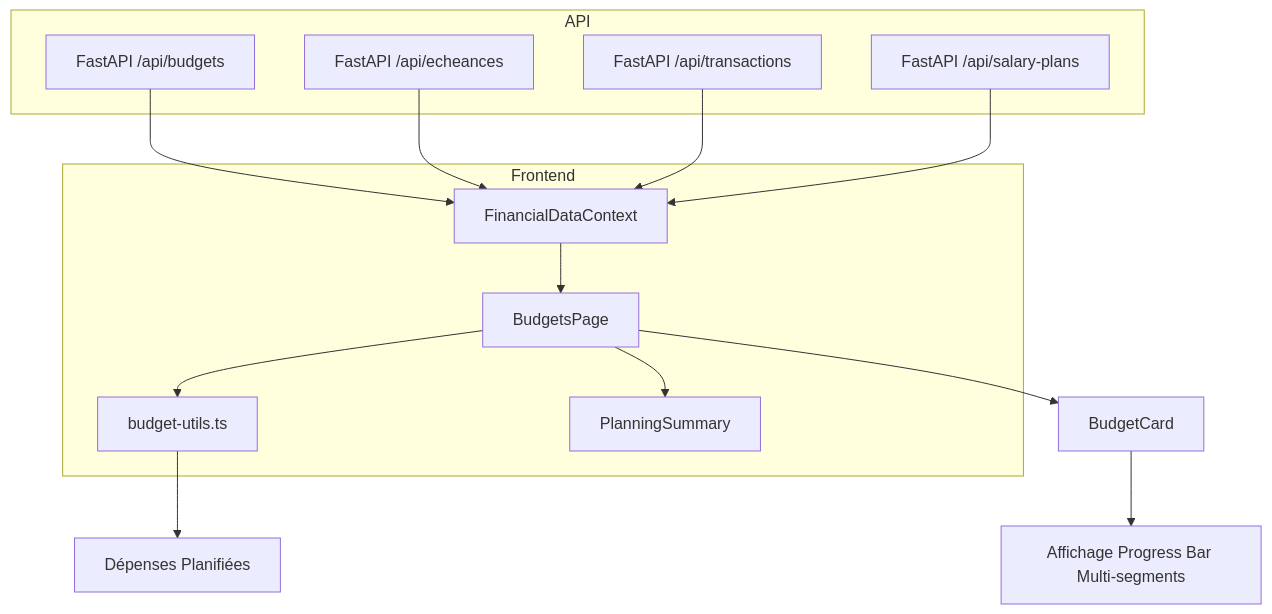
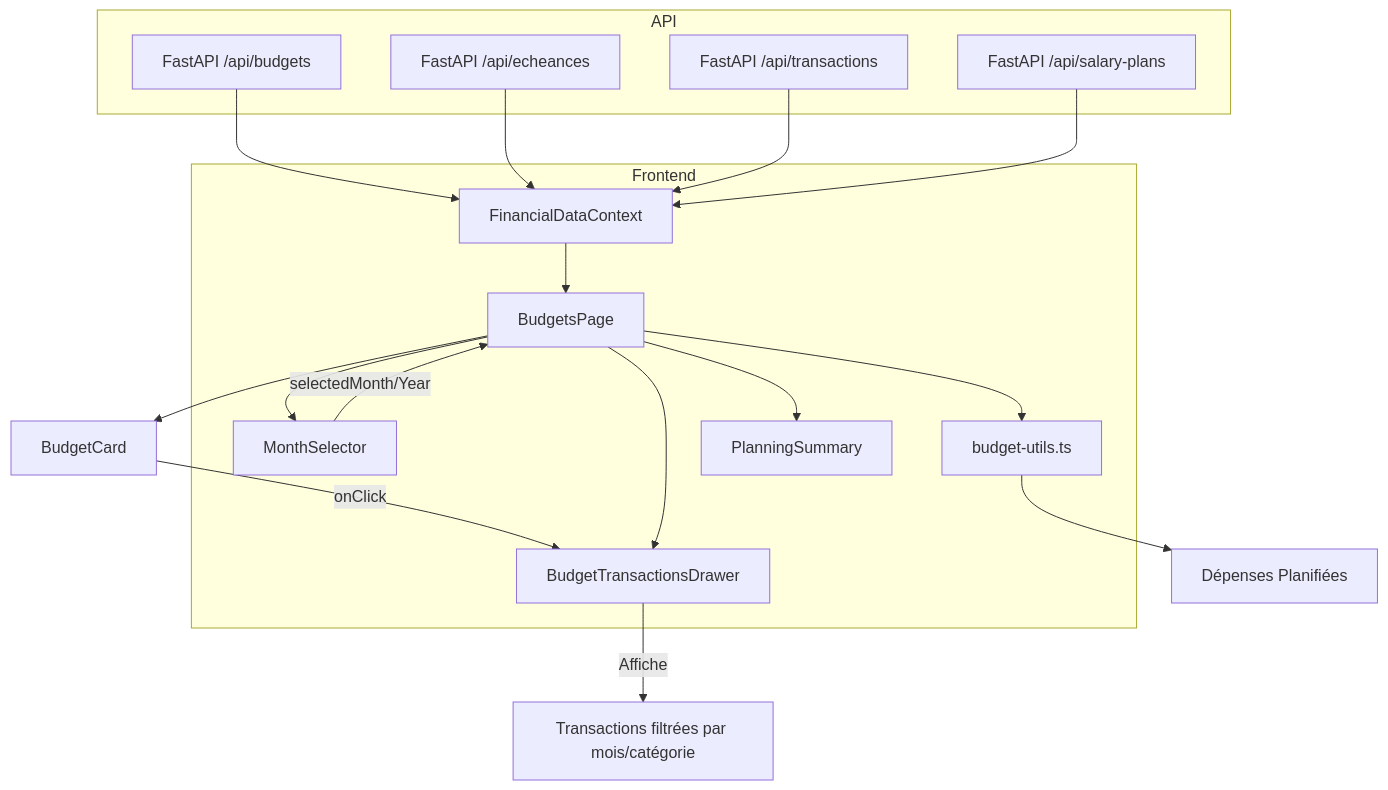
One commit to mdjabi2005-commits/gestio-feature changed the first of 2 diagrams in frontend/src/app/budgets/LOGIC_FLOW.md. Above: the diagram before and after it, drawn with Mermaid. The commit also changed other lines of this file and 30 other files, not shown here.

````diff
--- a/frontend/src/app/budgets/LOGIC_FLOW.md
+++ b/frontend/src/app/budgets/LOGIC_FLOW.md
@@ -24,29 +27,35 @@
 ```mermaid
 graph TD
     subgraph API
         BUD[FastAPI /api/budgets]
         ECH[FastAPI /api/echeances]
         TXS[FastAPI /api/transactions]
         SAL[FastAPI /api/salary-plans]
     end
     
     subgraph Frontend
         Context[FinancialDataContext]
         Page[BudgetsPage]
+        Selector[MonthSelector]
         Utils["budget-utils.ts"]
         Summary[PlanningSummary]
+        Drawer[BudgetTransactionsDrawer]
     end
 
     BUD --> Context
     ECH --> Context
     TXS --> Context
     SAL --> Context
     
     Context --> Page
+    Page --> Selector
+    Selector --> |selectedMonth/Year| Page
     Page --> Utils
     Utils --> Planned[Dépenses Planifiées]
     Page --> Summary
     
     Page --> Card[BudgetCard]
-    Card --> UI[Affichage Progress Bar Multi-segments]
+    Card -->|onClick| Drawer
+    Page --> Drawer
+    Drawer -->|Affiche| Transactions[Transactions filtrées par mois/catégorie]
 ```
````
